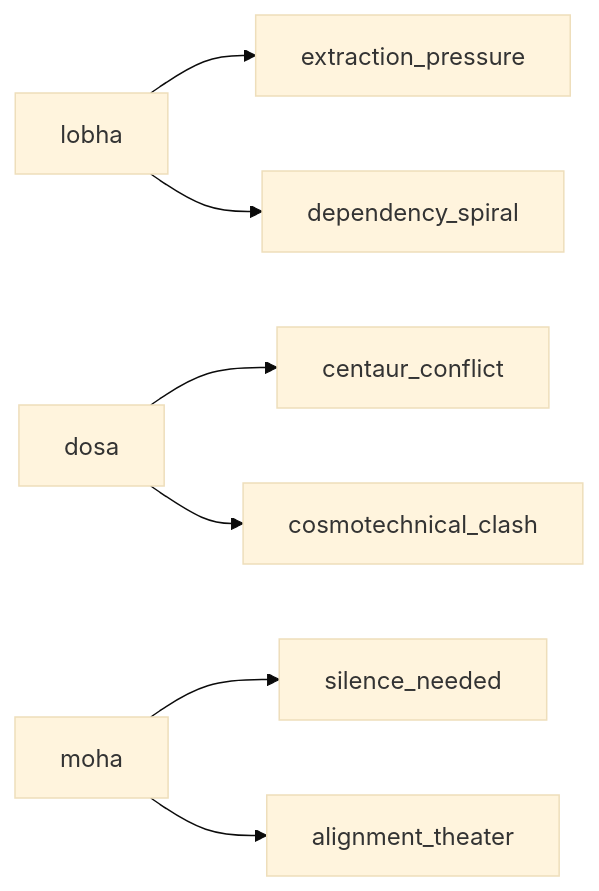
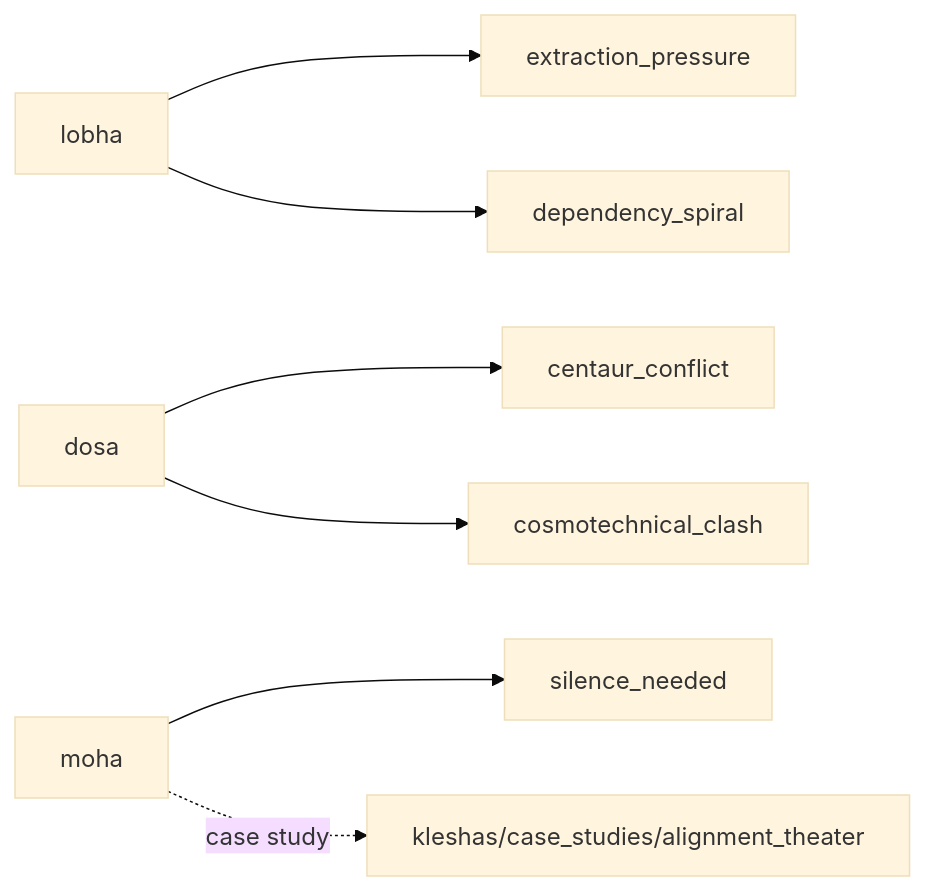
Before and after one commit to alephchixi/anatman: the third of 3 diagrams in docs/architecture.md, drawn with Mermaid (base theme). The commit also changed other lines of this file and 58 other files, not shown here.

````diff
--- a/docs/architecture.md
+++ b/docs/architecture.md
@@ -34,9 +36,9 @@
 ```mermaid
 flowchart LR
   L["lobha"] --> S1["extraction_pressure"]
   L --> S2["dependency_spiral"]
   D["dosa"] --> S3["centaur_conflict"]
   D --> S4["cosmotechnical_clash"]
   M["moha"] --> S5["silence_needed"]
-  M --> S6["alignment_theater"]
+  M -. case study .-> S6["kleshas/case_studies/alignment_theater"]
 ```
````
